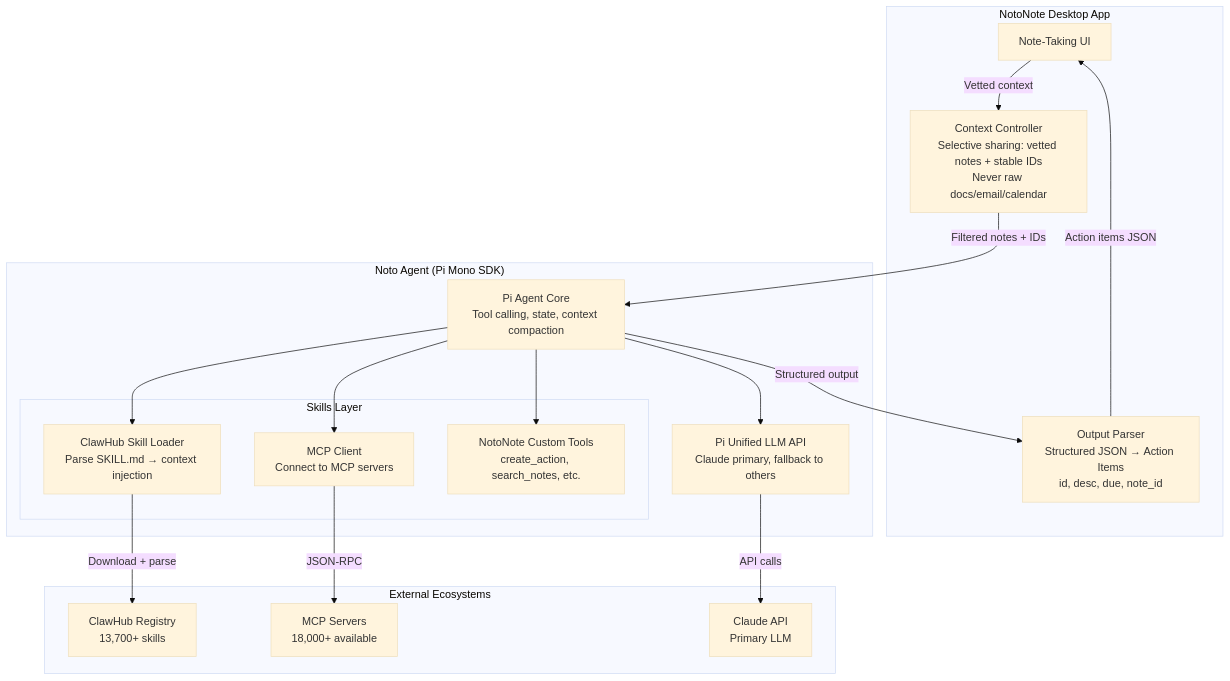
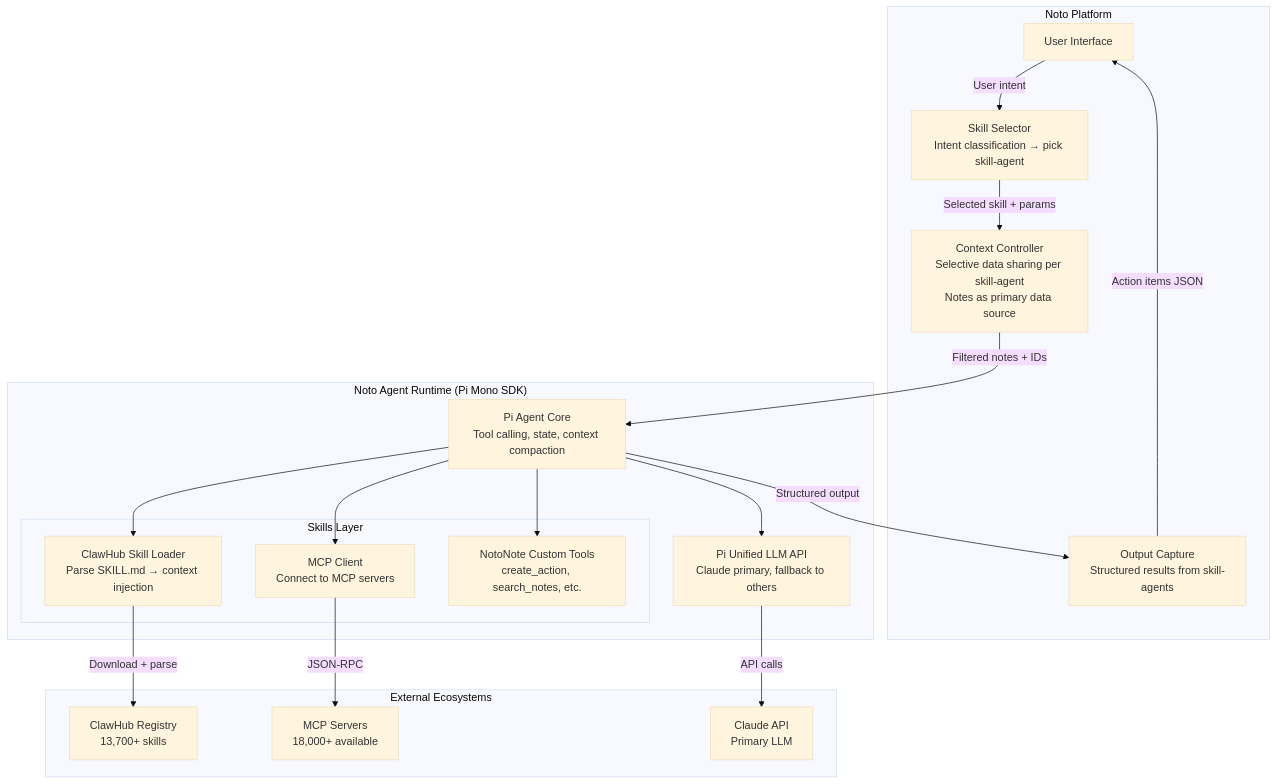
The diagram in research/strategies/notonote-agent-architecture.md (alejo-vargas/personal-agents-research-main), drawn with Mermaid (base theme) before and after one commit. The commit also changed other lines of this file, not shown here.

First line of the commit message:
Reframe Noto as personal agent platform, add multi-agent collaboration roadmap

````diff
--- a/research/strategies/notonote-agent-architecture.md
+++ b/research/strategies/notonote-agent-architecture.md
@@ -208,37 +209,39 @@
 ```mermaid
 graph TB
-    subgraph "NotoNote Desktop App"
-        UI[Note-Taking UI]
-        CTX[Context Controller<br/>Selective sharing: vetted notes + stable IDs<br/>Never raw docs/email/calendar]
-        OUT[Output Parser<br/>Structured JSON → Action Items<br/>id, desc, due, note_id]
+    subgraph "Noto Platform"
+        UI[User Interface]
+        SEL[Skill Selector<br/>Intent classification → pick skill-agent]
+        CTX[Context Controller<br/>Selective data sharing per skill-agent<br/>Notes as primary data source]
+        OUT[Output Capture<br/>Structured results from skill-agents]
     end
 
-    subgraph "Noto Agent (Pi Mono SDK)"
+    subgraph "Noto Agent Runtime (Pi Mono SDK)"
         CORE[Pi Agent Core<br/>Tool calling, state, context compaction]
         LLM[Pi Unified LLM API<br/>Claude primary, fallback to others]
 
         subgraph "Skills Layer"
             CHS[ClawHub Skill Loader<br/>Parse SKILL.md → context injection]
             MCP_C[MCP Client<br/>Connect to MCP servers]
             CUSTOM[NotoNote Custom Tools<br/>create_action, search_notes, etc.]
         end
     end
 
     subgraph "External Ecosystems"
         CLAWHUB[ClawHub Registry<br/>13,700+ skills]
         MCP_S[MCP Servers<br/>18,000+ available]
         CLAUDE[Claude API<br/>Primary LLM]
     end
 
-    UI -->|"Vetted context"| CTX
+    UI -->|"User intent"| SEL
+    SEL -->|"Selected skill + params"| CTX
     CTX -->|"Filtered notes + IDs"| CORE
     CORE --> LLM
     LLM -->|"API calls"| CLAUDE
     CORE --> CHS
     CORE --> MCP_C
     CORE --> CUSTOM
     CHS -->|"Download + parse"| CLAWHUB
     MCP_C -->|"JSON-RPC"| MCP_S
     CORE -->|"Structured output"| OUT
     OUT -->|"Action items JSON"| UI
 ```
````
